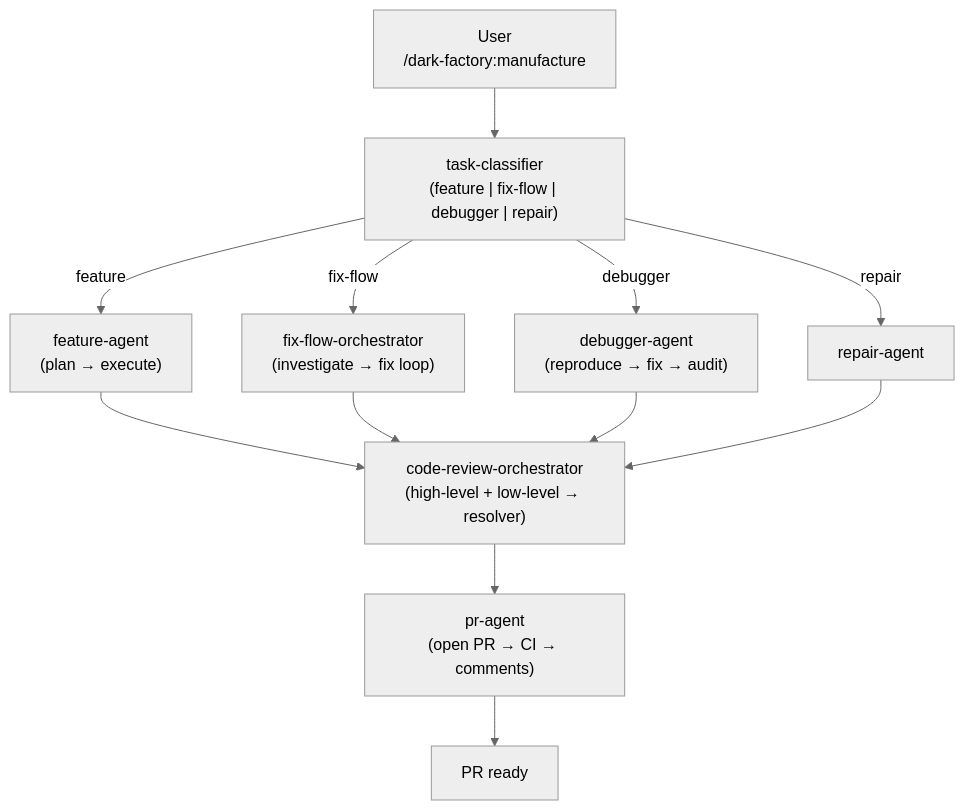
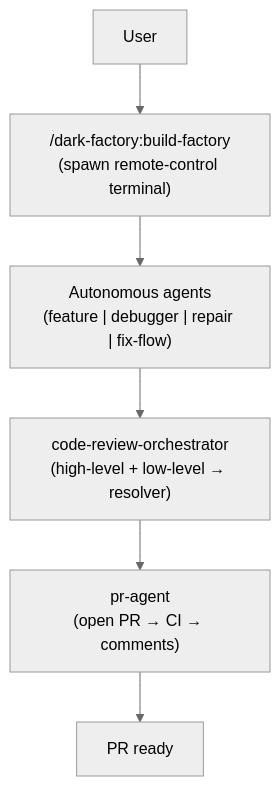
One commit to lewibs/dark-factory changed the diagram in docs/docs/README.md. Above: the diagram before and after it, drawn with Mermaid (neutral theme). The commit also changed other lines of this file and 4 other files, not shown here.

````diff
--- a/docs/docs/README.md
+++ b/docs/docs/README.md
@@ -13,11 +13,8 @@
 ```mermaid
 flowchart TD
-  User["User\n/dark-factory:manufacture"] --> Classify["task-classifier\n(feature | fix-flow | debugger | repair)"]
-  Classify -->|feature| Feature["feature-agent\n(plan → execute)"]
-  Classify -->|fix-flow| Fix["fix-flow-orchestrator\n(investigate → fix loop)"]
-  Classify -->|debugger| Debug["debugger-agent\n(reproduce → fix → audit)"]
-  Classify -->|repair| Repair["repair-agent"]
-  Feature & Fix & Debug & Repair --> Review["code-review-orchestrator\n(high-level + low-level → resolver)"]
+  User["User"] --> BuildFactory["/dark-factory:build-factory\n(spawn remote-control terminal)"]
+  BuildFactory --> Agents["Autonomous agents\n(feature | debugger | repair | fix-flow)"]
+  Agents --> Review["code-review-orchestrator\n(high-level + low-level → resolver)"]
   Review --> PR["pr-agent\n(open PR → CI → comments)"]
   PR --> Done["PR ready"]
 ```
````
